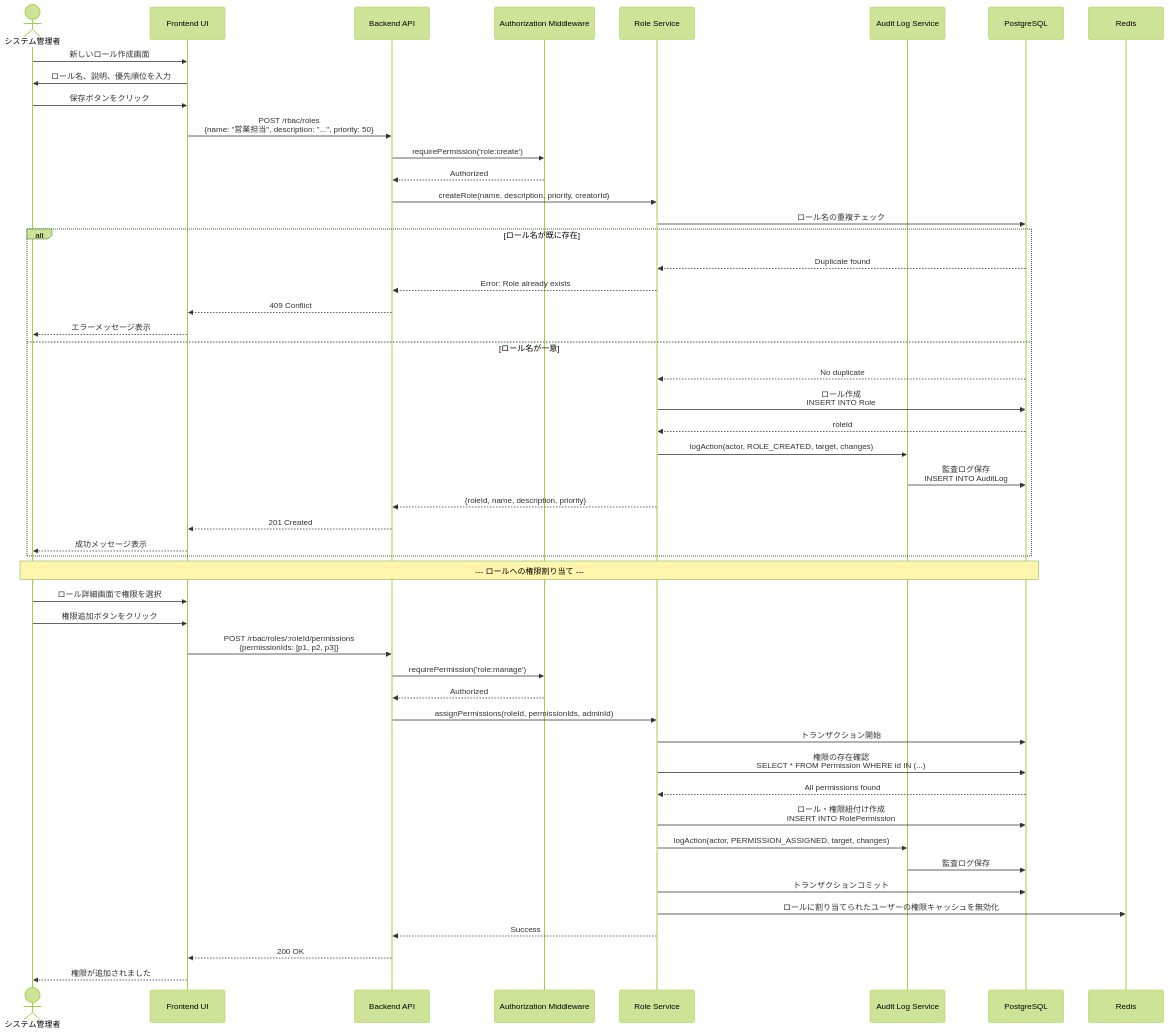
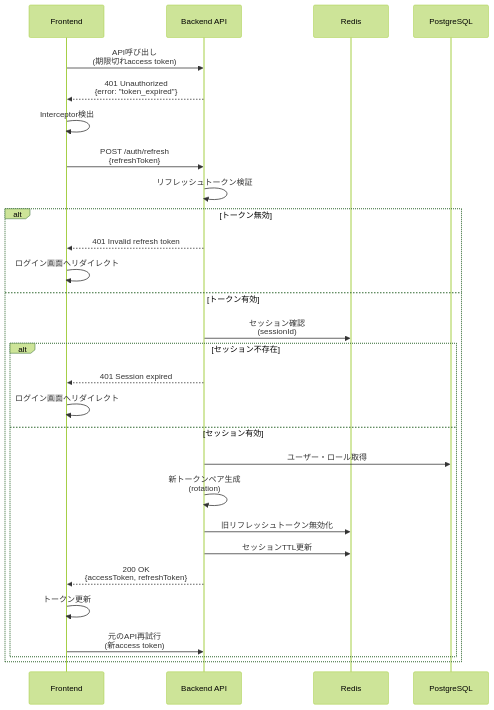
Before and after one commit to inakanou/ArchiTrack: the sixth of 8 diagrams in .kiro/specs/user-authentication/design.md, drawn with Mermaid (forest theme). The commit also changed other lines of this file and 1 other file, not shown here.

````diff
--- a/.kiro/specs/user-authentication/design.md
+++ b/.kiro/specs/user-authentication/design.md
@@ -452,56 +351,31 @@
 ```mermaid
 sequenceDiagram
-    actor Admin as システム管理者
-    participant UI as Frontend UI
+    participant UI as Frontend
     participant API as Backend API
-    participant AuthzMiddleware as Authorization Middleware
-    participant RoleService as Role Service
-    participant AuditService as Audit Log Service
+    participant Redis as Redis
     participant DB as PostgreSQL
 
-    Admin->>UI: 新しいロール作成画面
-    UI->>Admin: ロール名、説明、優先順位を入力
-    Admin->>UI: 保存ボタンをクリック
-    UI->>API: POST /rbac/roles<br/>{name: "営業担当", description: "...", priority: 50}
-    API->>AuthzMiddleware: requirePermission('role:create')
-    AuthzMiddleware-->>API: Authorized
-    API->>RoleService: createRole(name, description, priority, creatorId)
-
-    RoleService->>DB: ロール名の重複チェック
-    alt ロール名が既に存在
-        DB-->>RoleService: Duplicate found
-        RoleService-->>API: Error: Role already exists
-        API-->>UI: 409 Conflict
-        UI-->>Admin: エラーメッセージ表示
-    else ロール名が一意
-        DB-->>RoleService: No duplicate
-        RoleService->>DB: ロール作成<br/>INSERT INTO Role
-        DB-->>RoleService: roleId
-        RoleService->>AuditService: logAction(actor, ROLE_CREATED, target, changes)
-        AuditService->>DB: 監査ログ保存<br/>INSERT INTO AuditLog
-        RoleService-->>API: {roleId, name, description, priority}
-        API-->>UI: 201 Created
-        UI-->>Admin: 成功メッセージ表示
+    UI->>API: API呼び出し<br/>(期限切れaccess token)
+    API-->>UI: 401 Unauthorized<br/>{error: "token_expired"}
+    UI->>UI: Interceptor検出
+    UI->>API: POST /auth/refresh<br/>{refreshToken}
+    API->>API: リフレッシュトークン検証
+    alt トークン無効
+        API-->>UI: 401 Invalid refresh token
+        UI->>UI: ログイン画面へリダイレクト
+    else トークン有効
+        API->>Redis: セッション確認<br/>(sessionId)
+        alt セッション不存在
+            API-->>UI: 401 Session expired
+            UI->>UI: ログイン画面へリダイレクト
+        else セッション有効
+            API->>DB: ユーザー・ロール取得
+            API->>API: 新トークンペア生成<br/>(rotation)
+            API->>Redis: 旧リフレッシュトークン無効化
+            API->>Redis: セッションTTL更新
+            API-->>UI: 200 OK<br/>{accessToken, refreshToken}
+            UI->>UI: トークン更新
+            UI->>API: 元のAPI再試行<br/>(新access token)
+        end
     end
-
-    Note over Admin,DB: --- ロールへの権限割り当て ---
-
-    Admin->>UI: ロール詳細画面で権限を選択
-    Admin->>UI: 権限追加ボタンをクリック
-    UI->>API: POST /rbac/roles/:roleId/permissions<br/>{permissionIds: [p1, p2, p3]}
-    API->>AuthzMiddleware: requirePermission('role:manage')
-    AuthzMiddleware-->>API: Authorized
-    API->>RoleService: assignPermissions(roleId, permissionIds, adminId)
-
-    RoleService->>DB: トランザクション開始
-    RoleService->>DB: 権限の存在確認<br/>SELECT * FROM Permission WHERE id IN (...)
-    DB-->>RoleService: All permissions found
-    RoleService->>DB: ロール・権限紐付け作成<br/>INSERT INTO RolePermission
-    RoleService->>AuditService: logAction(actor, PERMISSION_ASSIGNED, target, changes)
-    AuditService->>DB: 監査ログ保存
-    RoleService->>DB: トランザクションコミット
-    RoleService->>Redis: ロールに割り当てられたユーザーの権限キャッシュを無効化
-    RoleService-->>API: Success
-    API-->>UI: 200 OK
-    UI-->>Admin: 権限が追加されました
 ```
````
